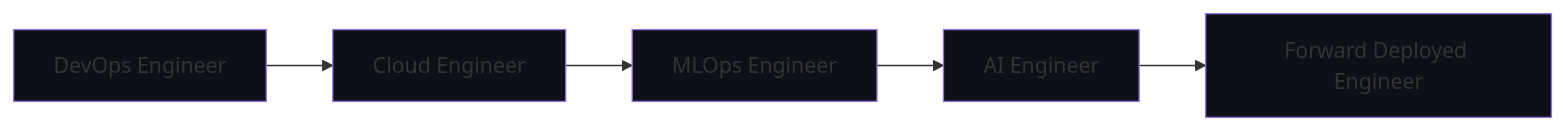
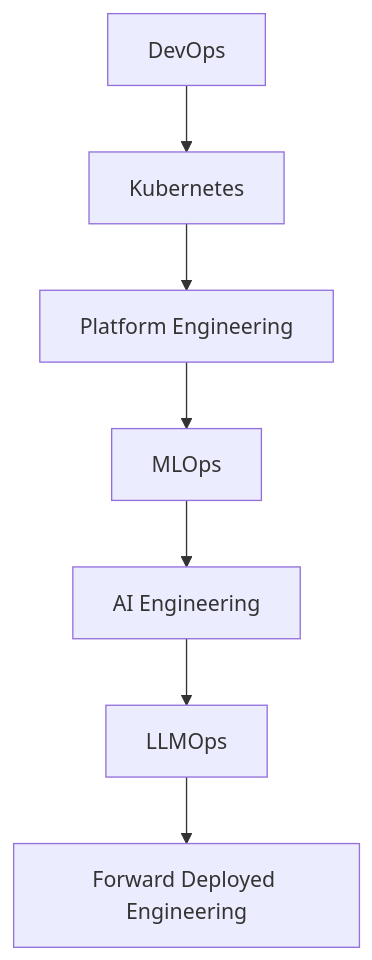
Before and after one commit to bittush8789/bittush8789: the diagram in README.md, drawn with Mermaid. The commit also changed other lines of this file, not shown here.

````diff
--- a/README.md
+++ b/README.md
@@ -35,14 +177,10 @@
 ```mermaid
-flowchart LR
+graph TD
 
-A[DevOps Engineer] --> B[Cloud Engineer]
-B --> C[MLOps Engineer]
-C --> D[AI Engineer]
-D --> E[Forward Deployed Engineer]
-
-style A fill:#0d1117
-style B fill:#0d1117
-style C fill:#0d1117
-style D fill:#0d1117
-style E fill:#0d1117
+A[DevOps] --> B[Kubernetes]
+B --> C[Platform Engineering]
+C --> D[MLOps]
+D --> E[AI Engineering]
+E --> F[LLMOps]
+F --> G[Forward Deployed Engineering]
 ```
````
